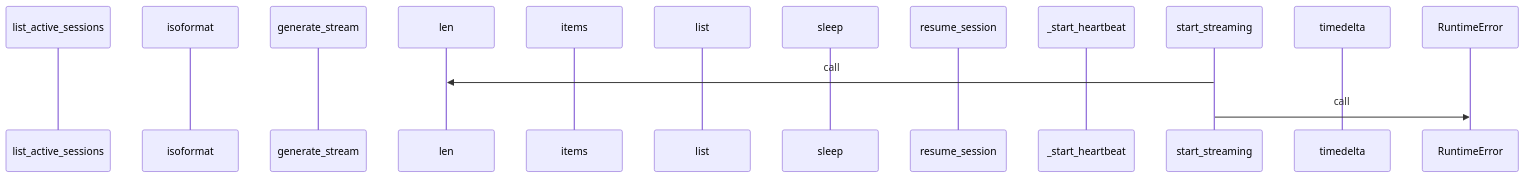
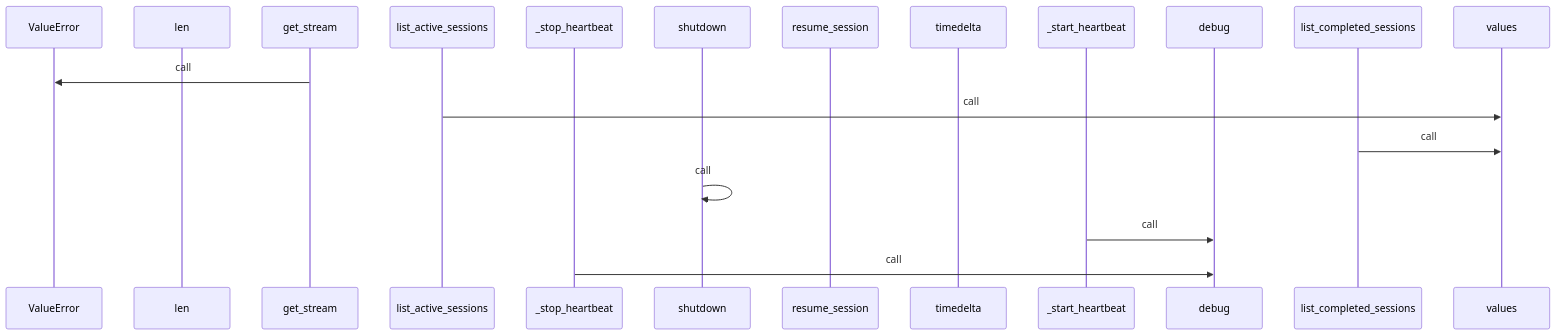
One commit to yeonjae-personal/codemuse-backend changed the third of 4 diagrams in generated_docs/rule_analyzer/streaming/stream_manager.md. Above: the diagram before and after it, drawn with Mermaid. The commit also changed other lines of this file and 3378 other files, not shown here.

````diff
--- a/generated_docs/rule_analyzer/streaming/stream_manager.md
+++ b/generated_docs/rule_analyzer/streaming/stream_manager.md
@@ -246,17 +246,21 @@
 ```mermaid
 sequenceDiagram
+  participant ValueError as ValueError
+  participant len as len
+  participant get_stream as get_stream
   participant list_active_sessions as list_active_sessions
-  participant isoformat as isoformat
-  participant generate_stream as generate_stream
-  participant len as len
-  participant items as items
-  participant list as list
-  participant sleep as sleep
+  participant _stop_heartbeat as _stop_heartbeat
+  participant shutdown as shutdown
   participant resume_session as resume_session
+  participant timedelta as timedelta
   participant _start_heartbeat as _start_heartbeat
-  participant start_streaming as start_streaming
-  participant timedelta as timedelta
-  participant RuntimeError as RuntimeError
-  start_streaming->>len: call
-  start_streaming->>RuntimeError: call
+  participant debug as debug
+  participant list_completed_sessions as list_completed_sessions
+  participant values as values
+  get_stream->>ValueError: call
+  list_active_sessions->>values: call
+  list_completed_sessions->>values: call
+  shutdown->>shutdown: call
+  _start_heartbeat->>debug: call
+  _stop_heartbeat->>debug: call
 ```
````
